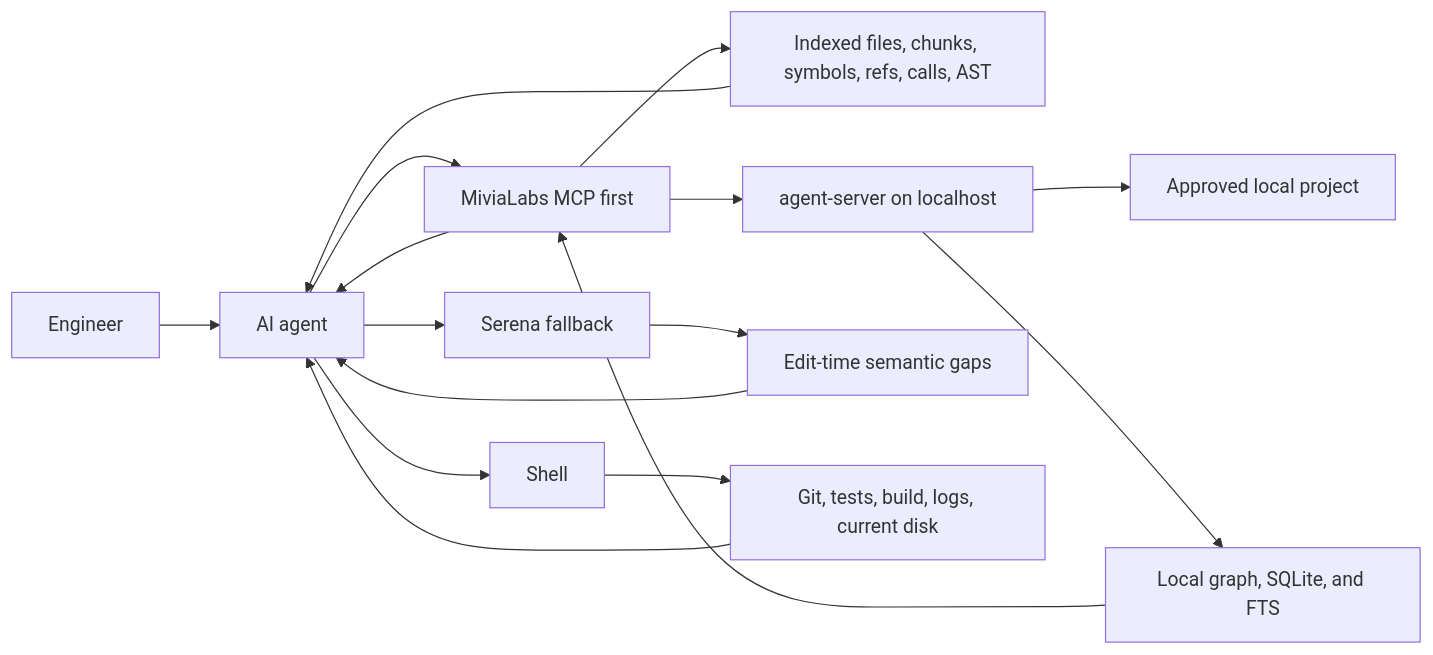
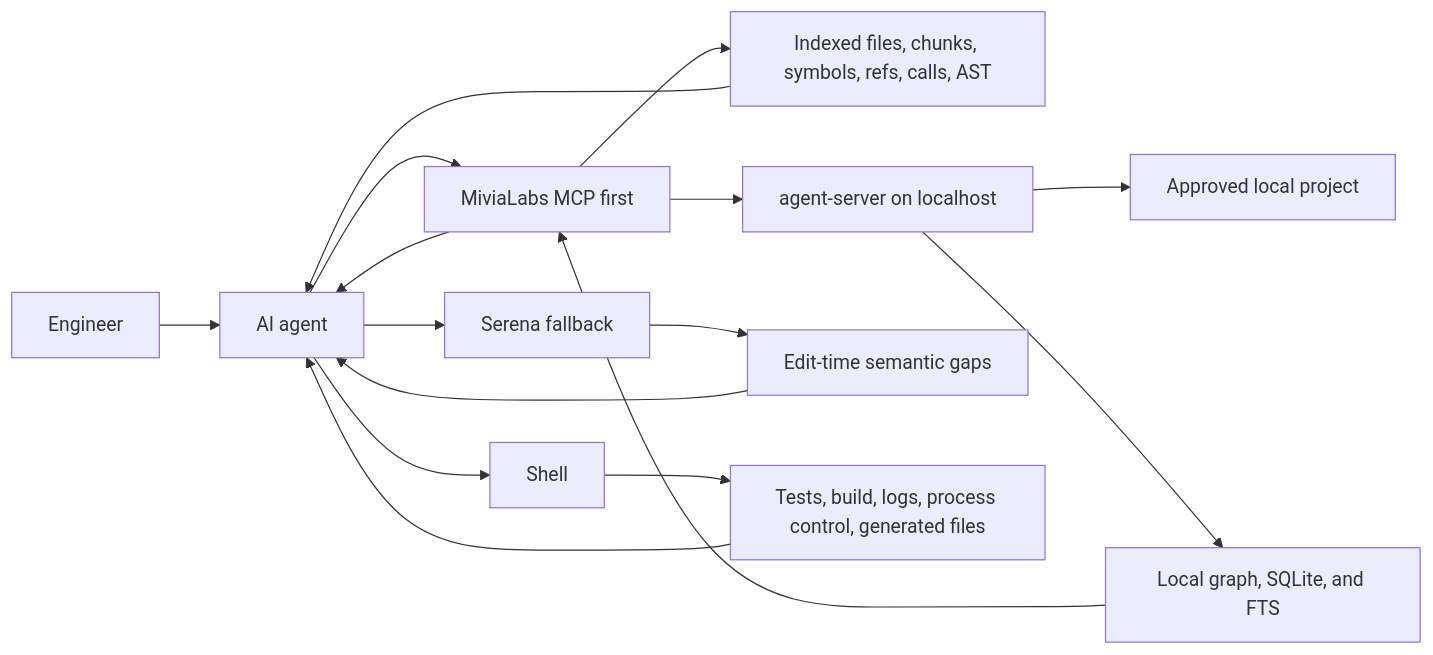
Before and after one commit to MiviaLabs/go-mivia: the diagram in docs/agent-context-guide.md, drawn with Mermaid. The commit also changed other lines of this file and 25 other files, not shown here.

````diff
--- a/docs/agent-context-guide.md
+++ b/docs/agent-context-guide.md
@@ -20,18 +20,18 @@
 ```mermaid
 flowchart LR
   Engineer["Engineer"] --> Agent["AI agent"]
   Agent --> MCP["MiviaLabs MCP first"]
   Agent --> Serena["Serena fallback"]
   Agent --> Shell["Shell"]
   MCP --> Indexed["Indexed files, chunks, symbols, refs, calls, AST"]
   MCP --> Server["agent-server on localhost"]
   Server --> Project["Approved local project"]
   Server --> Store["Local graph, SQLite, and FTS"]
   Store --> MCP
   Indexed --> Agent
   Serena --> Code["Edit-time semantic gaps"]
-  Shell --> Disk["Git, tests, build, logs, current disk"]
+  Shell --> Disk["Tests, build, logs, process control, generated files"]
   Code --> Agent
   Disk --> Agent
   MCP --> Agent
 ```
````
